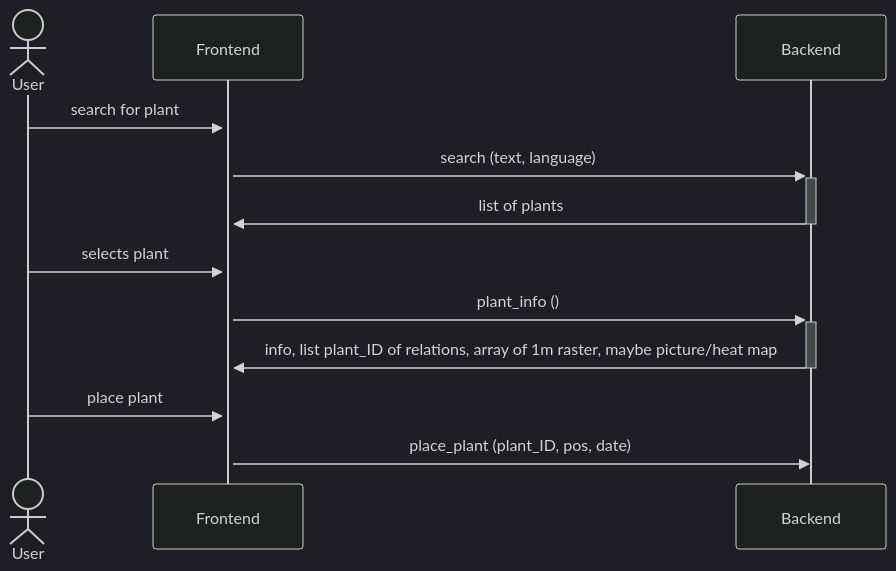
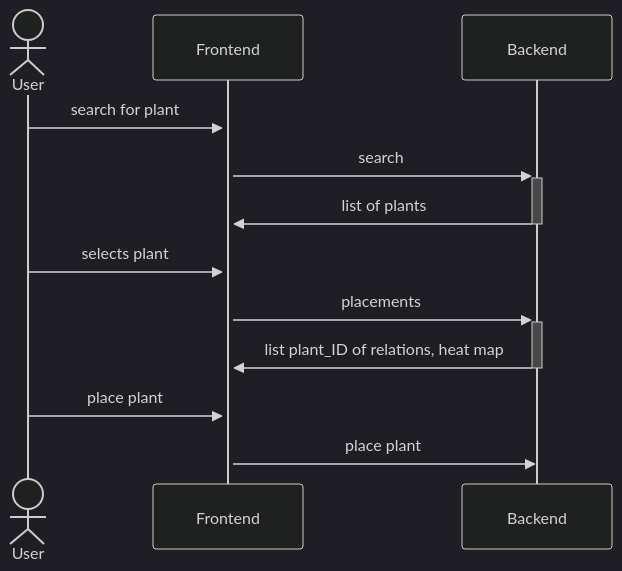
Before and after one commit to ElektraInitiative/PermaplanT: the first of 3 diagrams in doc/architecture/06runtime.md, drawn with Mermaid (dark theme). The commit also changed other lines of this file, not shown here.

Commit message:
start using API names

````diff
--- a/doc/architecture/06runtime.md
+++ b/doc/architecture/06runtime.md
@@ -5,12 +5,12 @@
 ```mermaid
 sequenceDiagram
     actor User
     User->>+Frontend: search for plant
-    Frontend->>+Backend: search (text, language)
+    Frontend->>+Backend: search
     Backend->>-Frontend: list of plants
     User->>Frontend: selects plant
-    Frontend->>+Backend: plant_info ()
-    Backend->>-Frontend: info, list plant_ID of relations, array of 1m raster, maybe picture/heat map
+    Frontend->>+Backend: placements
+    Backend->>-Frontend: list plant_ID of relations, heat map
     User->>Frontend: place plant
-    Frontend->>Backend: place_plant (plant_ID, pos, date)
+    Frontend->>Backend: place plant
 ```
````
